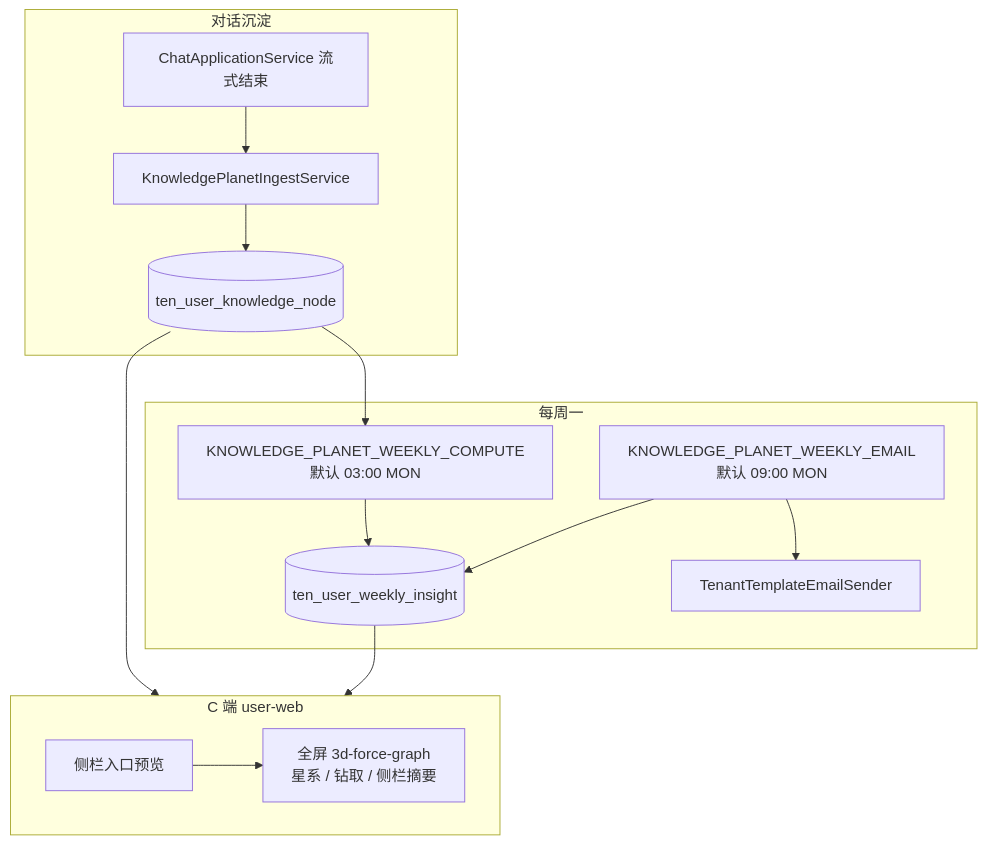
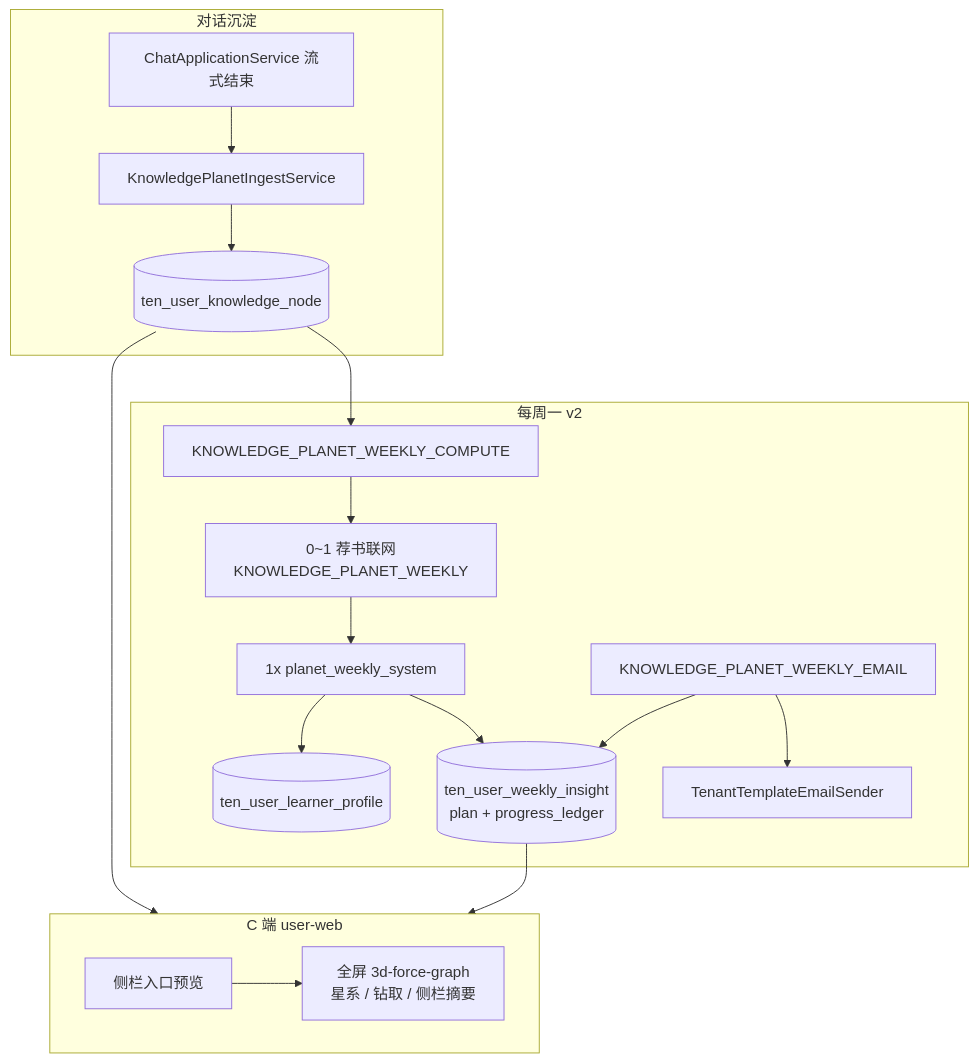
One commit to Aaron9547/Ai changed the sixth of 6 diagrams in PROJECT.md. Above: the diagram before and after it, drawn with Mermaid. The commit also changed other lines of this file and 151 other files, not shown here.

````diff
--- a/PROJECT.md
+++ b/PROJECT.md
@@ -238,26 +246,32 @@
 ```mermaid
 flowchart TB
   subgraph ingest [对话沉淀]
     CHAT[ChatApplicationService 流式结束]
     ING[KnowledgePlanetIngestService]
     NODE[(ten_user_knowledge_node)]
     CHAT --> ING --> NODE
   end
-  subgraph weekly [每周一]
-    CRON1[KNOWLEDGE_PLANET_WEEKLY_COMPUTE<br/>默认 03:00 MON]
-    CRON2[KNOWLEDGE_PLANET_WEEKLY_EMAIL<br/>默认 09:00 MON]
-    INS[(ten_user_weekly_insight)]
+  subgraph weekly [每周一 v2]
+    CRON1[KNOWLEDGE_PLANET_WEEKLY_COMPUTE]
+    SEARCH[0~1 荐书联网<br/>KNOWLEDGE_PLANET_WEEKLY]
+    LLM[1x planet_weekly_system]
+    PROF[(ten_user_learner_profile)]
+    INS[(ten_user_weekly_insight<br/>plan + progress_ledger)]
+    CRON2[KNOWLEDGE_PLANET_WEEKLY_EMAIL]
     MAIL[TenantTemplateEmailSender]
-    CRON1 --> INS
+    CRON1 --> SEARCH
+    SEARCH --> LLM
+    LLM --> INS
+    LLM --> PROF
     CRON2 --> INS
     CRON2 --> MAIL
   end
   NODE --> CRON1
   subgraph ui [C 端 user-web]
     CARD[侧栏入口预览]
     OV[全屏 3d-force-graph<br/>星系 / 钻取 / 侧栏摘要]
     CARD --> OV
   end
   NODE --> ui
   INS --> ui
 ```
````
